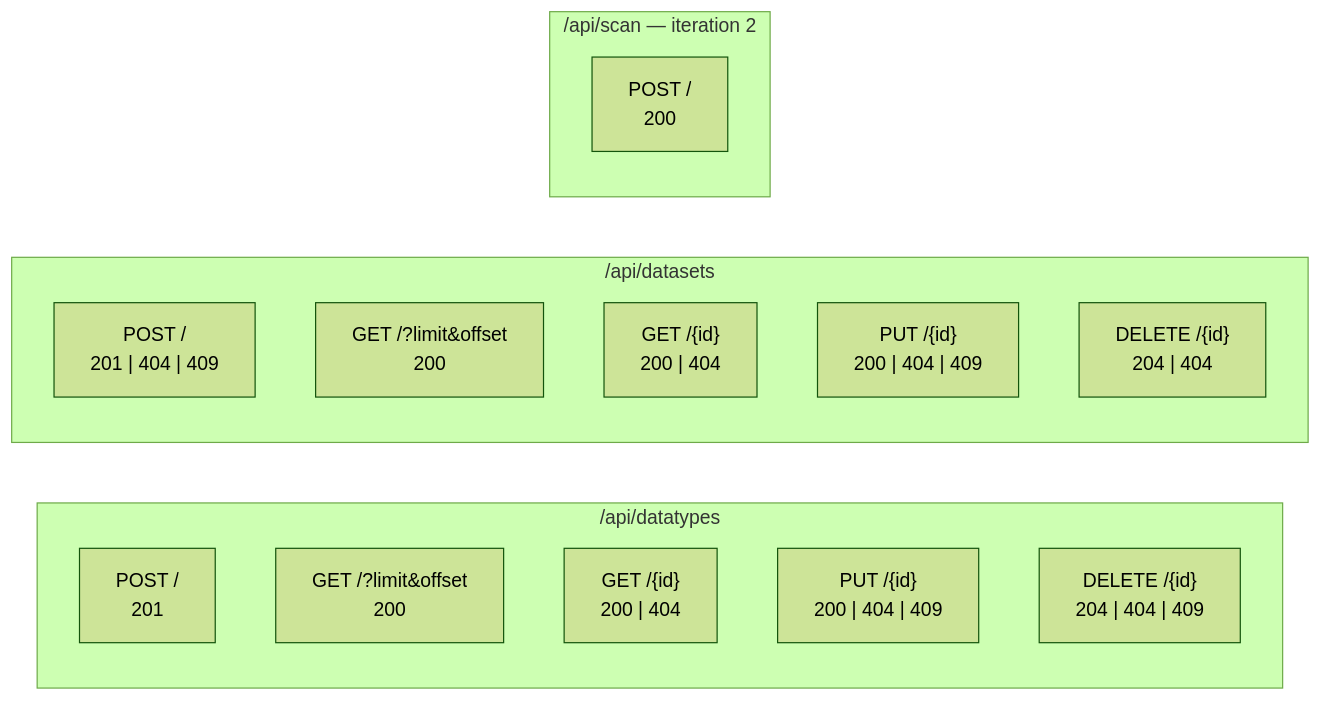
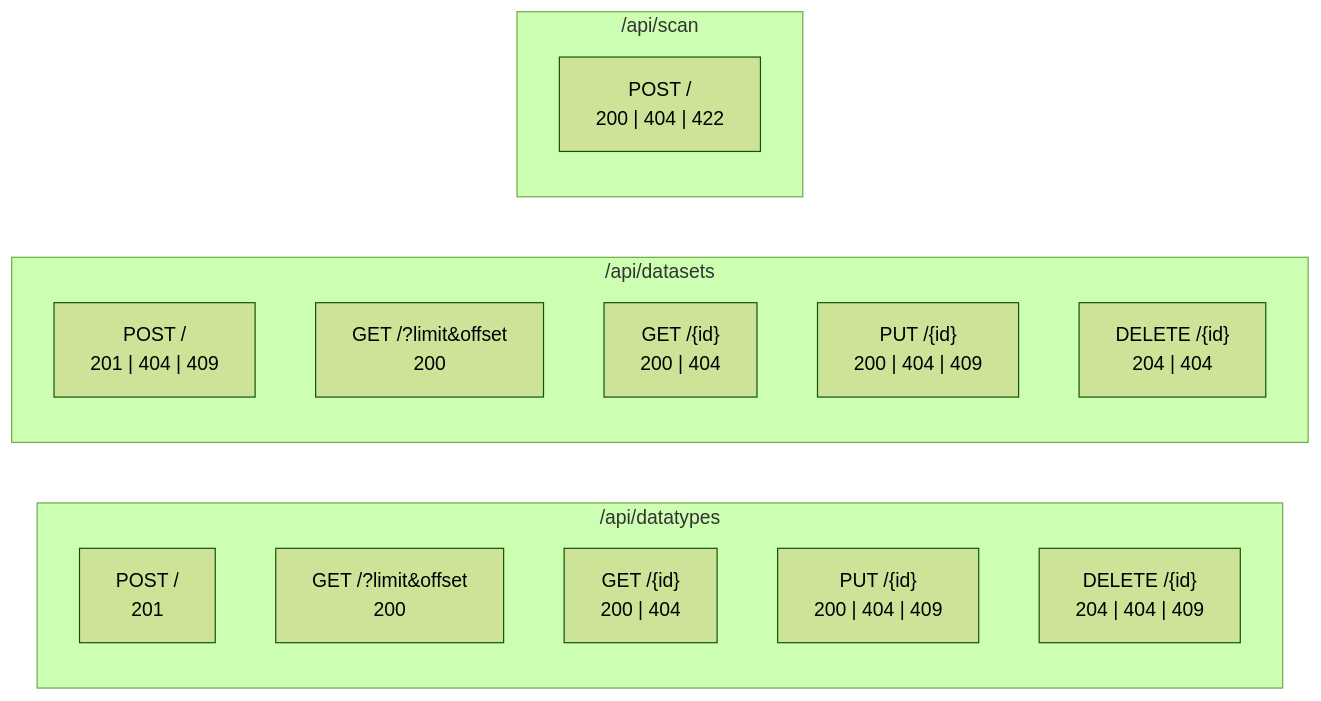
Diagram 12 of 18 in docs/ARCHITECTURE.md (dolevol/data_leak_prevention), drawn with Mermaid (forest theme) before and after one commit. The commit also changed other lines of this file and 11 other files, not shown here.

````diff
--- a/docs/ARCHITECTURE.md
+++ b/docs/ARCHITECTURE.md
@@ -156,20 +182,20 @@
 ```mermaid
 flowchart LR
     subgraph DT ["/api/datatypes"]
         DT1["POST /<br/>201"]
         DT2["GET /?limit&offset<br/>200"]
         DT3["GET /{id}<br/>200 | 404"]
         DT4["PUT /{id}<br/>200 | 404 | 409"]
         DT5["DELETE /{id}<br/>204 | 404 | 409"]
     end
     subgraph DS ["/api/datasets"]
         DS1["POST /<br/>201 | 404 | 409"]
         DS2["GET /?limit&offset<br/>200"]
         DS3["GET /{id}<br/>200 | 404"]
         DS4["PUT /{id}<br/>200 | 404 | 409"]
         DS5["DELETE /{id}<br/>204 | 404"]
     end
-    subgraph SC ["/api/scan — iteration 2"]
-        SC1["POST /<br/>200"]
+    subgraph SC ["/api/scan"]
+        SC1["POST /<br/>200 | 404 | 422"]
     end
 ```
````
